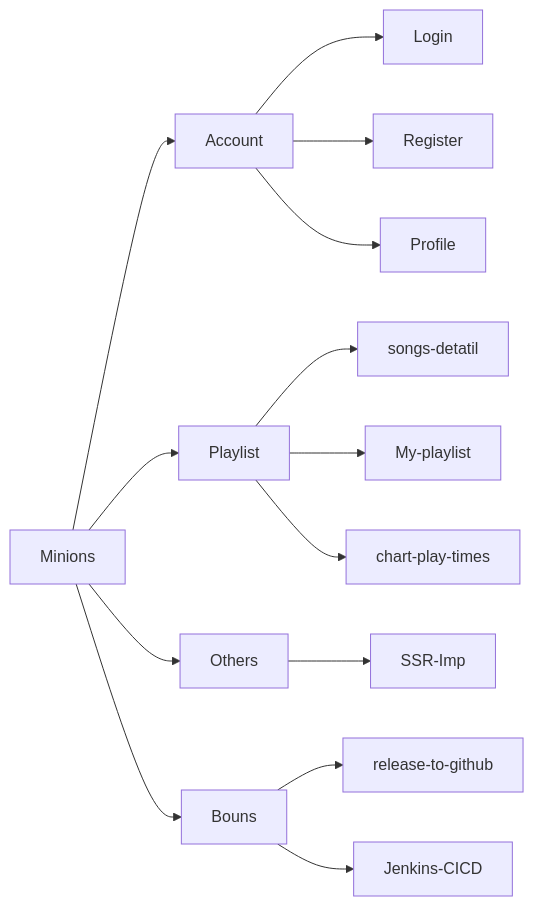
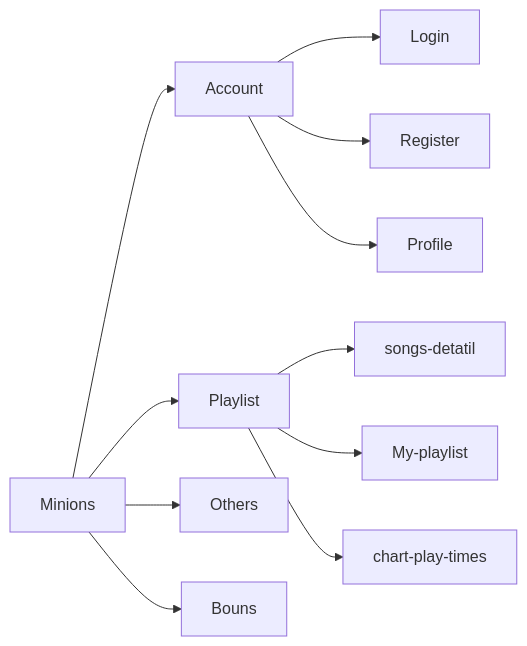
One commit to lucyc1715/LearnFromFun changed the diagram in README.md. Above: the diagram before and after it, drawn with Mermaid. The commit also changed 2 other files, not shown here.

Commit message:
install firebase

````diff
--- a/README.md
+++ b/README.md
@@ -8,16 +8,13 @@
 ``` mermaid
 graph LR;
 Minions-->Account;
 Minions-->Playlist;
 Minions-->Others;
 Minions-->Bouns;
 Account-->Login;
 Account-->Register;
 Account-->Profile;
 Playlist-->songs-detatil;
 Playlist-->My-playlist;
 Playlist-->chart-play-times;
-Others-->SSR-Imp;
-Bouns-->release-to-github;
-Bouns-->Jenkins-CICD;
 ```
````
